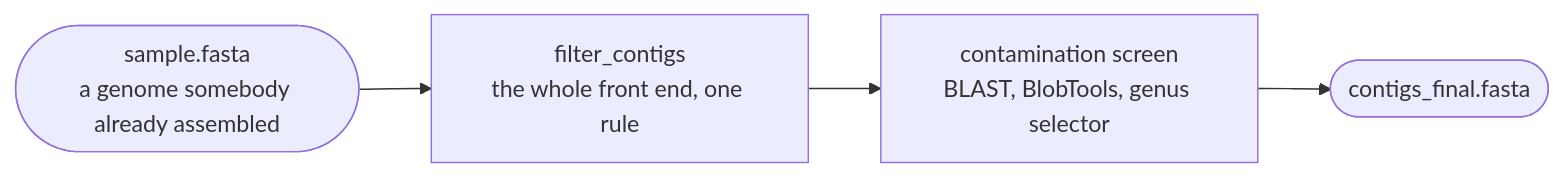
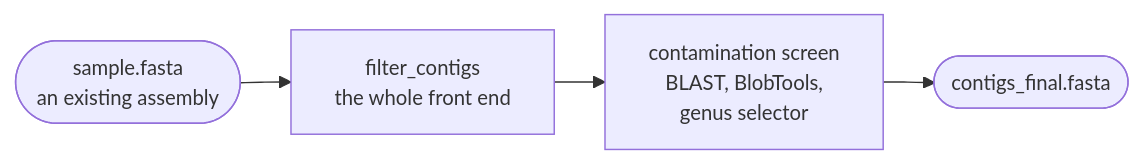
One commit to iLivius/BacFlux changed the diagram in docs/modes/contigs.md. Above: the diagram before and after it, drawn with Mermaid. The commit also changed other lines of this file and 43 other files, not shown here.

````diff
--- a/docs/modes/contigs.md
+++ b/docs/modes/contigs.md
@@ -11,8 +11,16 @@
 ```mermaid
+---
+config:
+  themeVariables:
+    fontSize: 14px
+  flowchart:
+    nodeSpacing: 35
+    rankSpacing: 35
+---
 flowchart LR
-    IN([sample.fasta<br/>a genome somebody already assembled])
-    FC[filter_contigs<br/>the whole front end, one rule]
-    SC[contamination screen<br/>BLAST, BlobTools, genus selector]
+    IN([sample.fasta<br/>an existing assembly])
+    FC[filter_contigs<br/>the whole front end]
+    SC[contamination screen<br/>BLAST, BlobTools,<br/>genus selector]
     OUT([contigs_final.fasta])
     IN --> FC --> SC --> OUT
 ```
````
